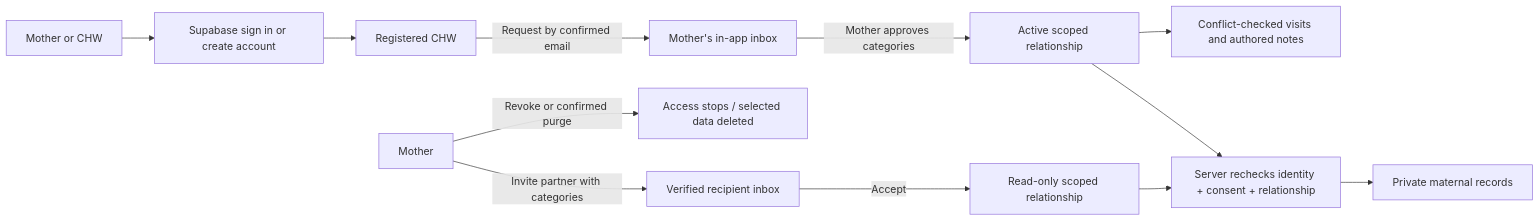
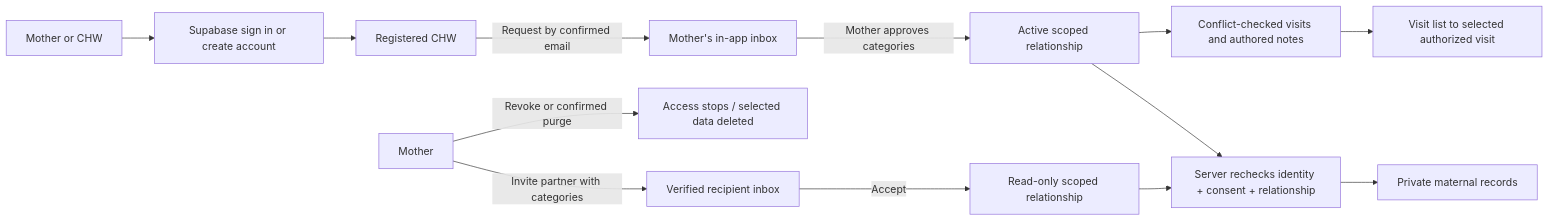
The diagram in docs/care-team.md (imranshiundu/afyanine), drawn with Mermaid before and after one commit. The commit also changed other lines of this file and 7 other files, not shown here.

````diff
--- a/docs/care-team.md
+++ b/docs/care-team.md
@@ -79,14 +87,15 @@
 ```mermaid
 flowchart LR
   Entry[Mother or CHW] --> Auth[Supabase sign in or create account]
   Auth --> CHW[Registered CHW]
   CHW -->|Request by confirmed email| Inbox[Mother's in-app inbox]
   Inbox -->|Mother approves categories| Grant[Active scoped relationship]
   Mother -->|Invite partner with categories| PartnerInbox[Verified recipient inbox]
   PartnerInbox -->|Accept| ReadOnly[Read-only scoped relationship]
   Grant --> Check[Server rechecks identity + consent + relationship]
   ReadOnly --> Check
   Check --> Records[Private maternal records]
   Grant --> Schedule[Conflict-checked visits and authored notes]
+  Schedule --> Detail[Visit list to selected authorized visit]
   Mother -->|Revoke or confirmed purge| Deny[Access stops / selected data deleted]
 ```
````
